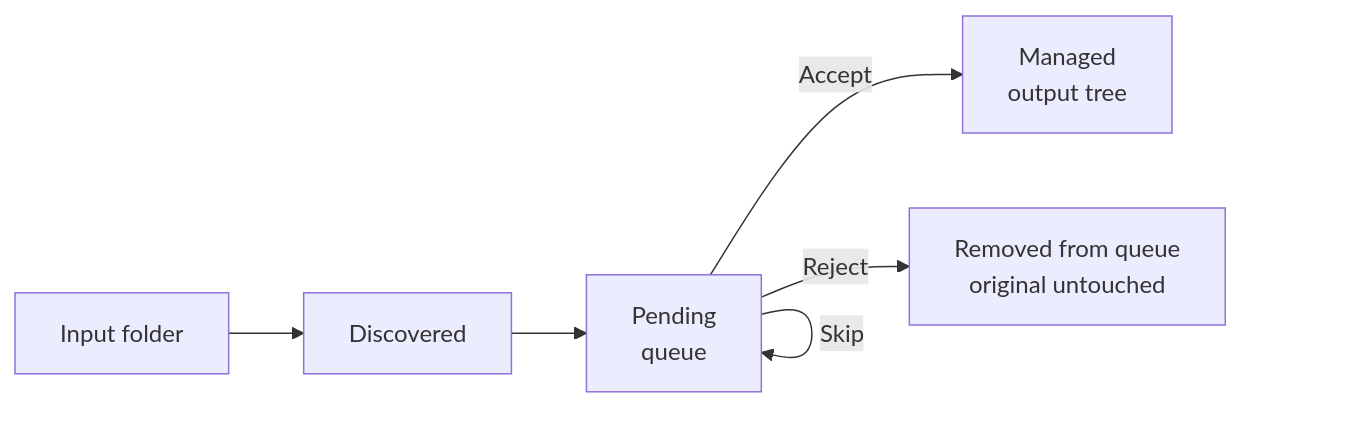
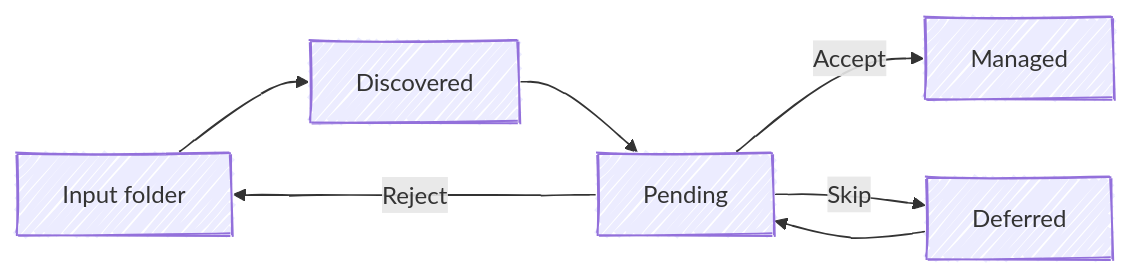
The first of 5 diagrams in SPEC.md (chris-peterson/pinpoint), drawn with Mermaid before and after one commit. The commit also changed other lines of this file and 24 other files, not shown here.

````diff
--- a/SPEC.md
+++ b/SPEC.md
@@ -44,8 +44,13 @@
 ```mermaid
+---
+config:
+  look: handDrawn
+---
 flowchart LR
     A[Input folder] --> B[Discovered]
-    B --> C[Pending\nqueue]
-    C -->|Accept| D[Managed\noutput tree]
-    C -->|Reject| E[Removed from queue\noriginal untouched]
-    C -->|Skip| C
+    B --> C[Pending]
+    C -->|Accept| D[Managed]
+    C -->|Reject| A
+    C -->|Skip| E[Deferred]
+    E --> C
 ```
````
